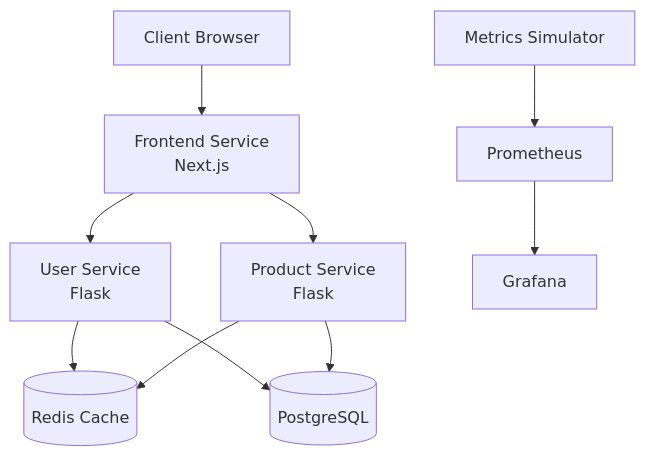
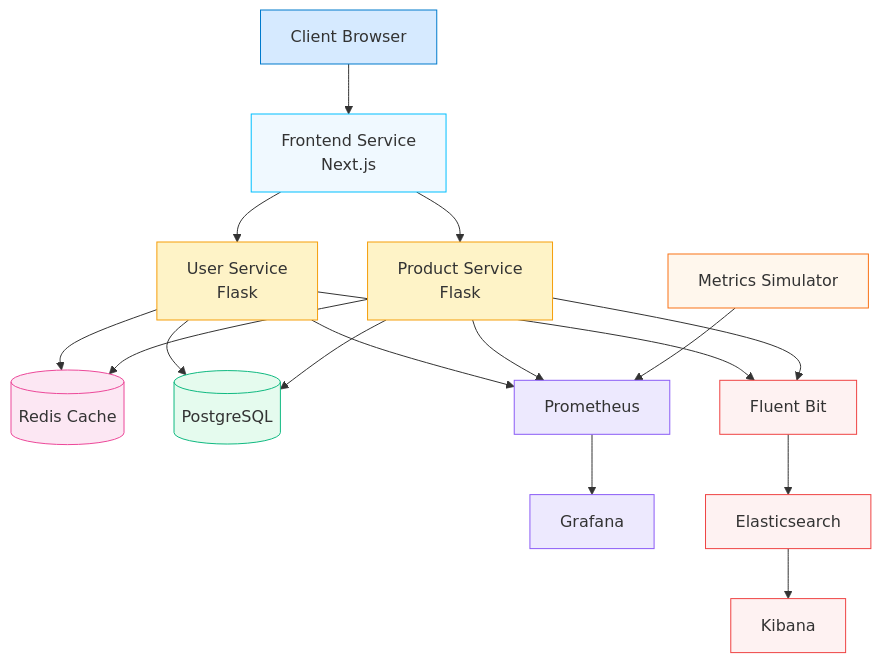
Before and after one commit to Isrealade/shopnexus-microservices: the diagram in README.md, drawn with Mermaid.

Commit message:
docs(README): updated mermain diagram

````diff
--- a/README.md
+++ b/README.md
@@ -9,12 +9,35 @@
 ```mermaid
 graph TD
-    Client[Client Browser] --> Frontend[Frontend Service<br/>Next.js]
-    Frontend --> UserService[User Service<br/>Flask]
-    Frontend --> ProductService[Product Service<br/>Flask]
-    UserService --> Redis[(Redis Cache)]
+    %% Frontend Flow
+    Client[Client Browser]:::client --> Frontend[Frontend Service<br/>Next.js]:::frontend
+    Frontend --> UserService[User Service<br/>Flask]:::service
+    Frontend --> ProductService[Product Service<br/>Flask]:::service
+
+    %% Application Data Flow
+    UserService --> Redis[(Redis Cache)]:::cache
     ProductService --> Redis
-    UserService --> PostgreSQL[(PostgreSQL)]
+    UserService --> PostgreSQL[(PostgreSQL)]:::database
     ProductService --> PostgreSQL
-    MetricsSim[Metrics Simulator] --> Prometheus[Prometheus]
-    Prometheus --> Grafana[Grafana]
+
+    %% Monitoring (Metrics)
+    UserService --> Prometheus[Prometheus]:::monitoring
+    ProductService --> Prometheus
+    MetricsSim[Metrics Simulator]:::simulator --> Prometheus
+    Prometheus --> Grafana[Grafana]:::monitoring
+
+    %% Logging (EFK)
+    UserService --> FluentBit[Fluent Bit]:::logging
+    ProductService --> FluentBit
+    FluentBit --> Elasticsearch[Elasticsearch]:::logging
+    Elasticsearch --> Kibana[Kibana]:::logging
+
+    %% Style Definitions
+    classDef client fill:#d6eaff,stroke:#007acc,stroke-width:1px;
+    classDef frontend fill:#f0f9ff,stroke:#00bfff,stroke-width:1px;
+    classDef service fill:#fef3c7,stroke:#f59e0b,stroke-width:1px;
+    classDef database fill:#e5fbee,stroke:#10b981,stroke-width:1px;
+    classDef cache fill:#fce7f3,stroke:#ec4899,stroke-width:1px;
+    classDef monitoring fill:#ede9fe,stroke:#8b5cf6,stroke-width:1px;
+    classDef logging fill:#fef2f2,stroke:#ef4444,stroke-width:1px;
+    classDef simulator fill:#fff7ed,stroke:#f97316,stroke-width:1px;
 ```
````
